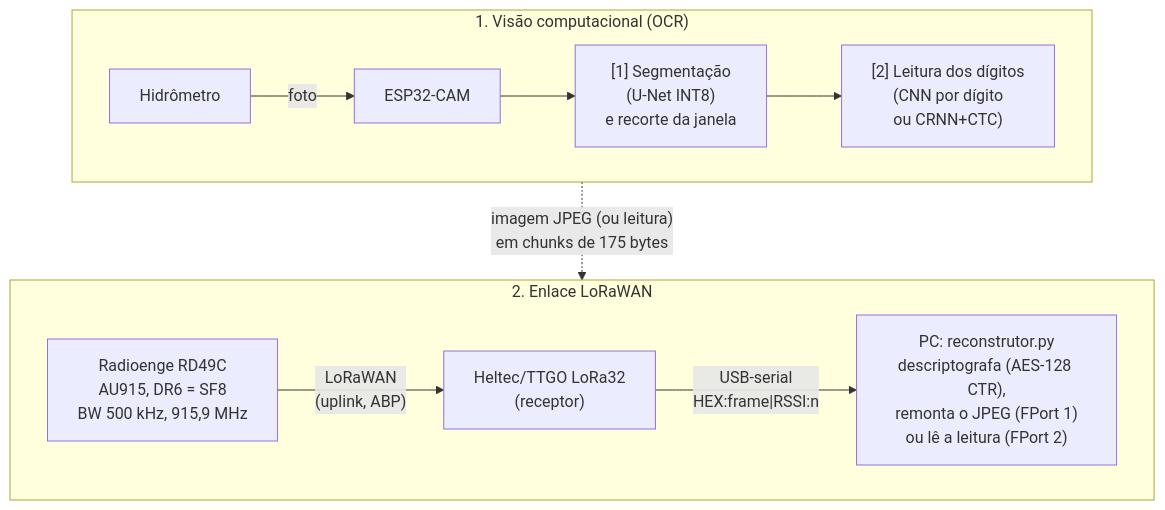
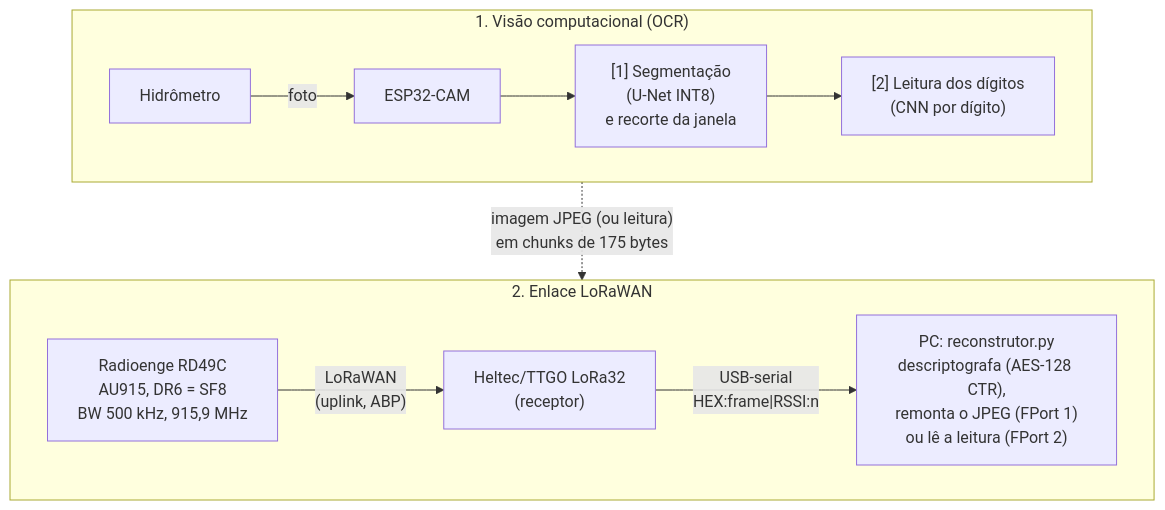
The diagram in README.md (Marcelo-122/Codigo-do-TCC2), drawn with Mermaid before and after one commit. The commit also changed other lines of this file and 13 other files, not shown here.

````diff
--- a/README.md
+++ b/README.md
@@ -135,17 +139,17 @@
 ```mermaid
 flowchart TB
     subgraph OCR ["1. Visão computacional (OCR)"]
         direction LR
         H["Hidrômetro"] -- foto --> C["ESP32-CAM"]
         C --> S["[1] Segmentação<br/>(U-Net INT8)<br/>e recorte da janela"]
-        S --> L["[2] Leitura dos dígitos<br/>(CNN por dígito<br/>ou CRNN+CTC)"]
+        S --> L["[2] Leitura dos dígitos<br/>(CNN por dígito)"]
     end
 
     subgraph ENLACE ["2. Enlace LoRaWAN"]
         direction LR
         RD["Radioenge RD49C<br/>AU915, DR6 = SF8<br/>BW 500 kHz, 915,9 MHz"] -- "LoRaWAN<br/>(uplink, ABP)" --> RX["Heltec/TTGO LoRa32<br/>(receptor)"]
         RX -- "USB-serial<br/>HEX:frame|RSSI:n" --> PC["PC: reconstrutor.py<br/>descriptografa (AES-128 CTR),<br/>remonta o JPEG (FPort 1)<br/>ou lê a leitura (FPort 2)"]
     end
 
     OCR -. "imagem JPEG (ou leitura)<br/>em chunks de 175 bytes" .-> ENLACE
 ```
````
